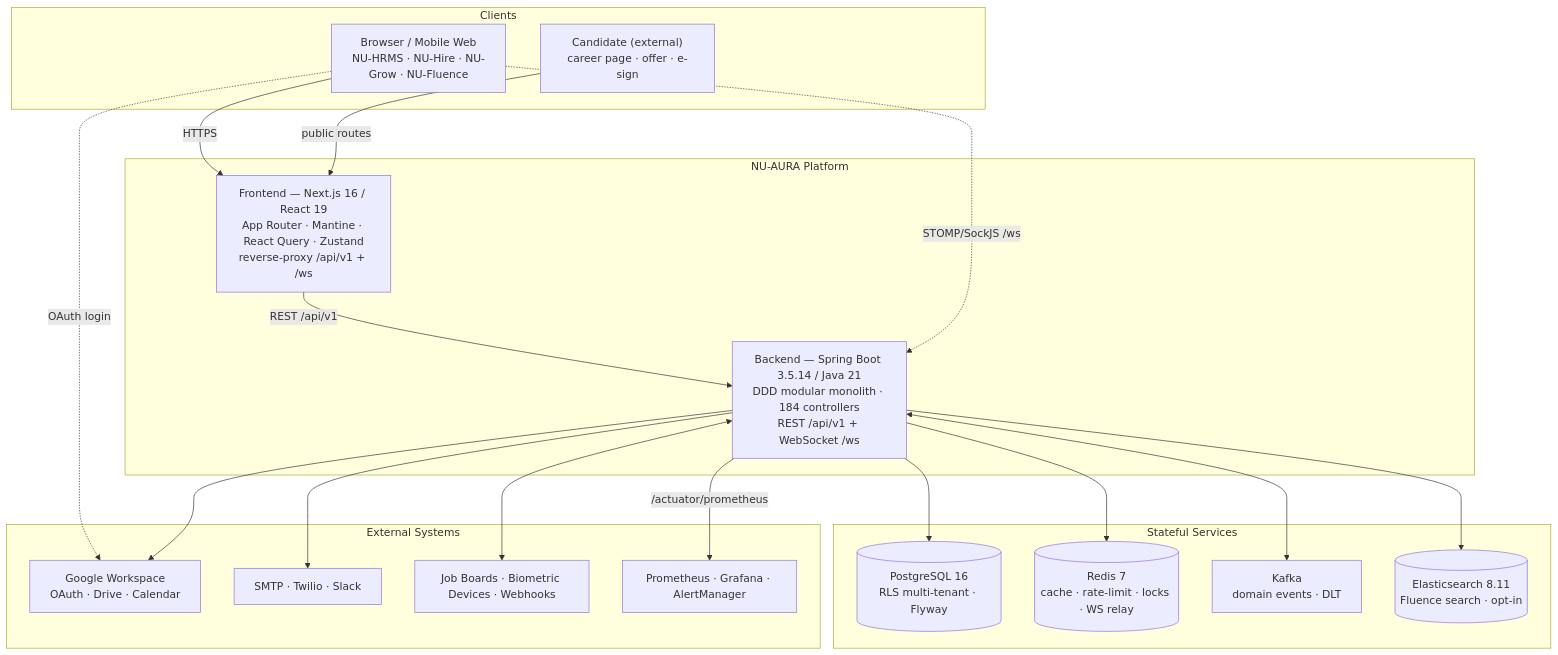
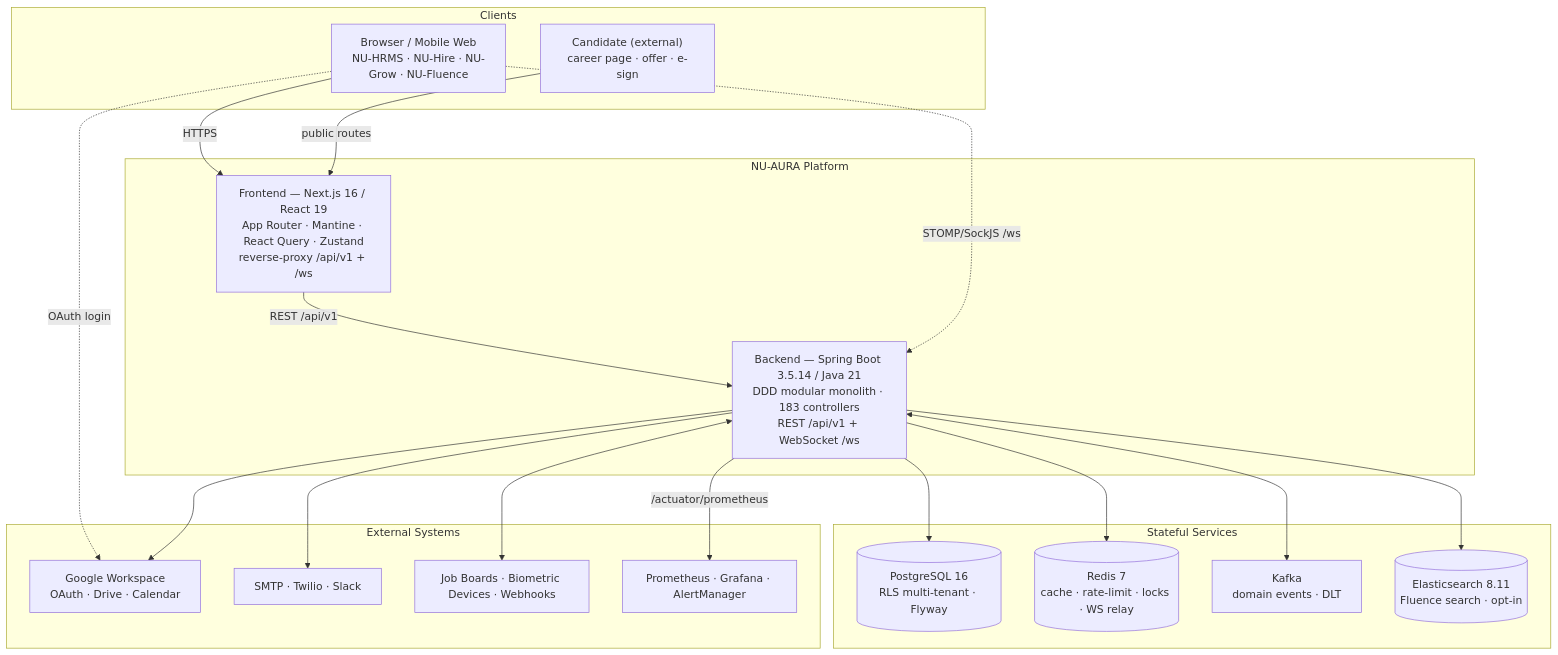
The first of 3 diagrams in docs/obsidian/01-Architecture/System-Overview.md (fayaz30395/nu-aura), drawn with Mermaid before and after one commit. The commit also changed other lines of this file and 45 other files, not shown here.

````diff
--- a/docs/obsidian/01-Architecture/System-Overview.md
+++ b/docs/obsidian/01-Architecture/System-Overview.md
@@ -68,40 +68,40 @@
 ```mermaid
 flowchart TB
     subgraph client["Clients"]
         BROWSER["Browser / Mobile Web<br/>NU-HRMS · NU-Hire · NU-Grow · NU-Fluence"]
         CAND["Candidate (external)<br/>career page · offer · e-sign"]
     end
 
     subgraph platform["NU-AURA Platform"]
         FE["Frontend — Next.js 16 / React 19<br/>App Router · Mantine · React Query · Zustand<br/>reverse-proxy /api/v1 + /ws"]
-        BE["Backend — Spring Boot 3.5.14 / Java 21<br/>DDD modular monolith · 184 controllers<br/>REST /api/v1 + WebSocket /ws"]
+        BE["Backend — Spring Boot 3.5.14 / Java 21<br/>DDD modular monolith · 183 controllers<br/>REST /api/v1 + WebSocket /ws"]
     end
 
     subgraph stateful["Stateful Services"]
         PG[("PostgreSQL 16<br/>RLS multi-tenant · Flyway")]
         RD[("Redis 7<br/>cache · rate-limit · locks · WS relay")]
         KF["Kafka<br/>domain events · DLT"]
         ES[("Elasticsearch 8.11<br/>Fluence search · opt-in")]
     end
 
     subgraph external["External Systems"]
         GOOGLE["Google Workspace<br/>OAuth · Drive · Calendar"]
         COMMS["SMTP · Twilio · Slack"]
         BOARDS["Job Boards · Biometric Devices · Webhooks"]
         OBS["Prometheus · Grafana · AlertManager"]
     end
 
     BROWSER -->|HTTPS| FE
     CAND -->|public routes| FE
     FE -->|REST /api/v1| BE
     BROWSER -.->|STOMP/SockJS /ws| BE
     BROWSER -.->|OAuth login| GOOGLE
     BE --> PG
     BE --> RD
     BE <--> KF
     BE --> ES
     BE --> GOOGLE
     BE --> COMMS
     BE <--> BOARDS
     BE -->|/actuator/prometheus| OBS
 ```
````
